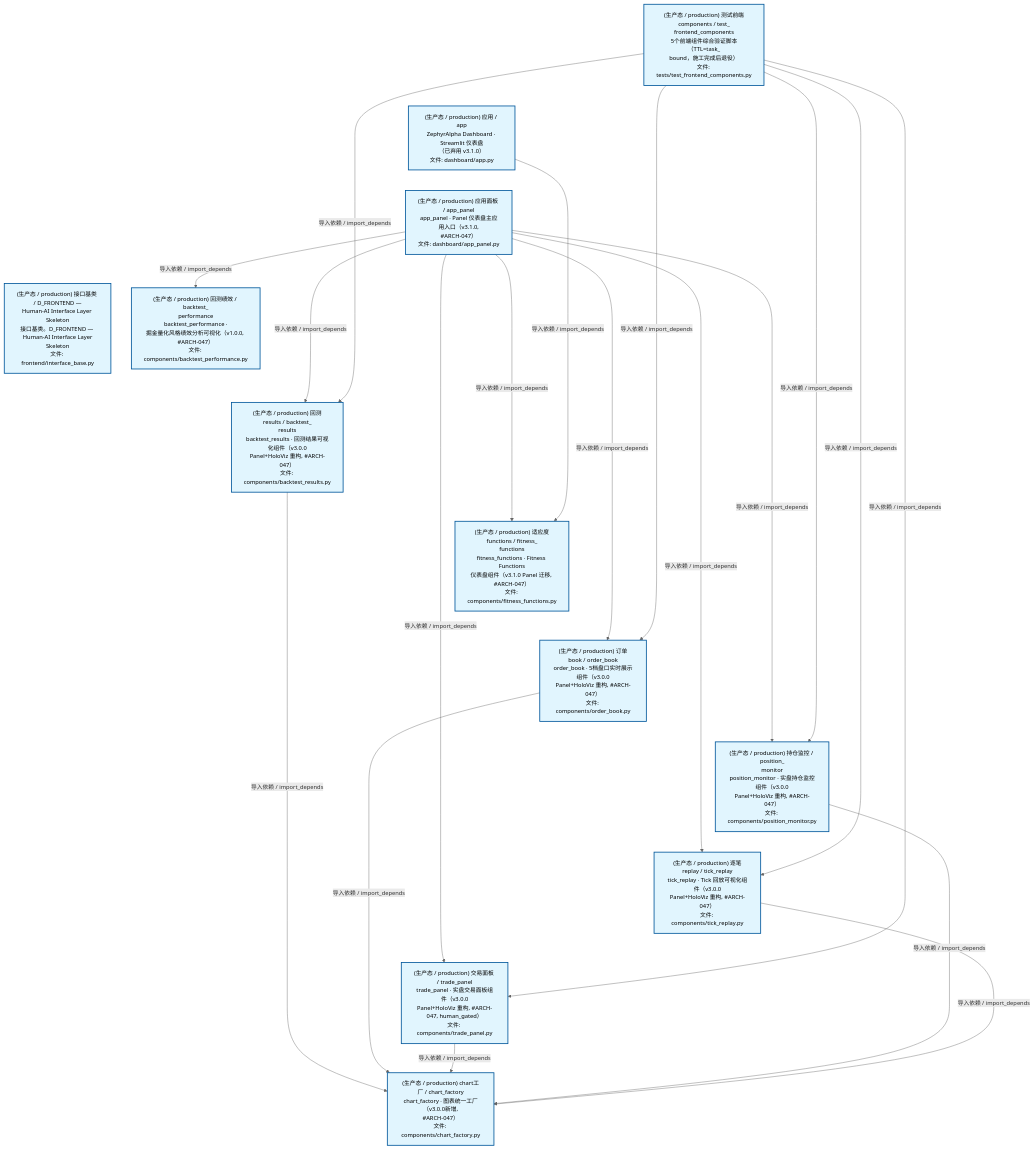
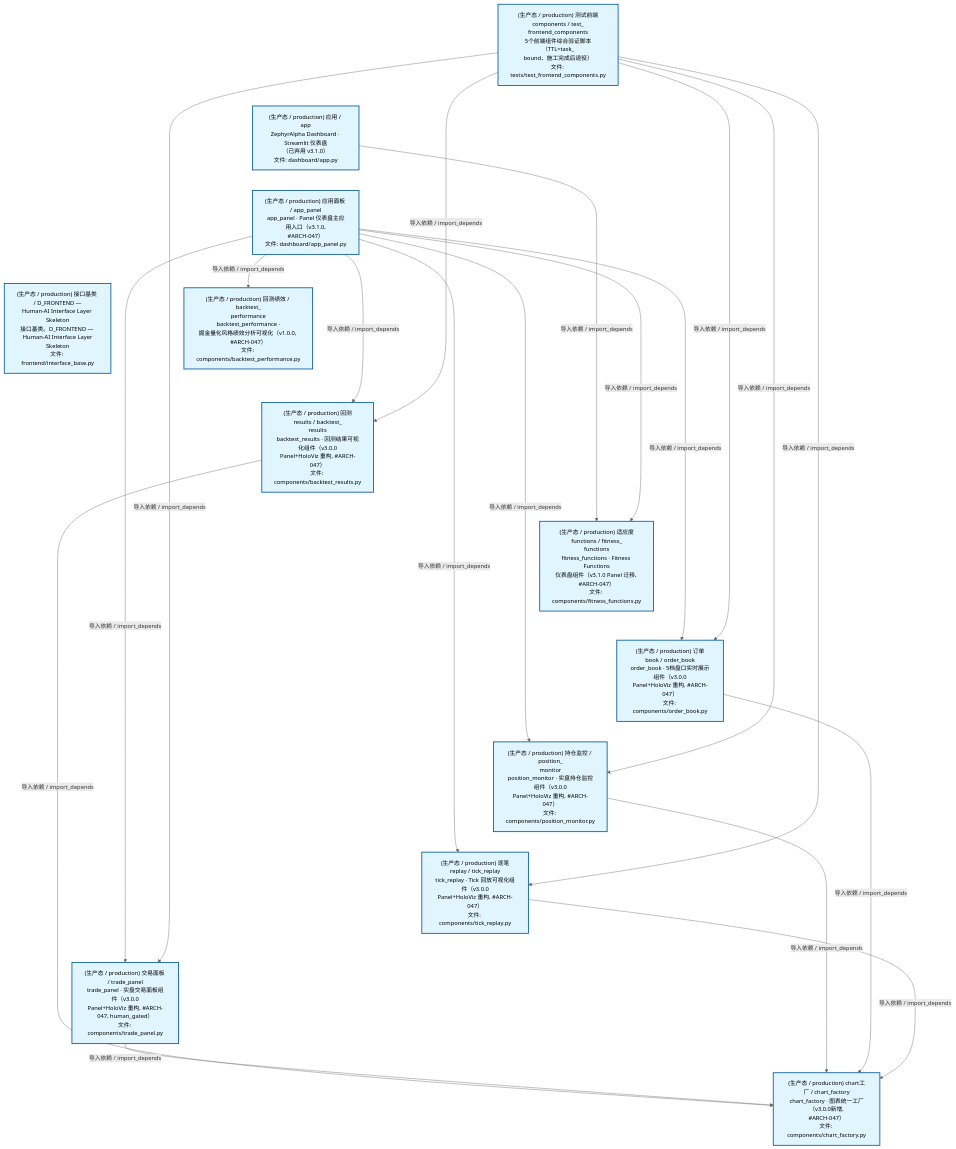
The second of 4 diagrams in docs/02_enterprise_architecture/02_domain_architecture_docs/47_d_frontend.md (xuanFelixVan/ZephyrAlpha), drawn with Mermaid before and after one commit. The commit also changed other lines of this file and 40 other files, not shown here.

````diff
--- a/docs/02_enterprise_architecture/02_domain_architecture_docs/47_d_frontend.md
+++ b/docs/02_enterprise_architecture/02_domain_architecture_docs/47_d_frontend.md
@@ -124,48 +124,48 @@
 ```mermaid
 %%{init: {'theme': 'base', 'themeVariables': {'primaryColor': '#eaeaea', 'primaryTextColor': '#333333', 'primaryBorderColor': '#666666', 'lineColor': '#666666', 'secondaryColor': '#eaeaea', 'tertiaryColor': '#eaeaea', 'fontSize': '14px'}}}%%
 flowchart TD
     scripts_tests_test_frontend_components_py["(生产态 / production) 测试前端components / test_<br/>frontend_components<br/>5个前端组件综合验证脚本（TTL=task_<br/>bound，施工完成后退役）<br/>文件: tests/test_frontend_components.py"]
     src_zephyr_frontend_dashboard_app_py["(生产态 / production) 应用 / app<br/>ZephyrAlpha Dashboard · Streamlit 仪表盘<br/>（已弃用 v3.1.0）<br/>文件: dashboard/app.py"]
     src_zephyr_frontend_dashboard_app_panel_py["(生产态 / production) 应用面板 / app_panel<br/>app_panel · Panel 仪表盘主应用入口（v3.1.0,<br/>#ARCH-047）<br/>文件: dashboard/app_panel.py"]
     src_zephyr_frontend_interface_base_py["(生产态 / production) 接口基类 / D_FRONTEND —<br/>Human-AI Interface Layer Skeleton<br/>接口基类。D_FRONTEND — Human-AI Interface Layer<br/>Skeleton<br/>文件: frontend/interface_base.py"]
     scripts_tests_test_frontend_components_py ~~~ src_zephyr_frontend_dashboard_app_py
     src_zephyr_frontend_dashboard_app_py ~~~ src_zephyr_frontend_dashboard_app_panel_py
     src_zephyr_frontend_dashboard_app_panel_py ~~~ src_zephyr_frontend_interface_base_py
     src_zephyr_frontend_dashboard_components_backtest_performance_py["(生产态 / production) 回测绩效 / backtest_<br/>performance<br/>backtest_performance ·<br/>掘金量化风格绩效分析可视化（v1.0.0, #ARCH-047）<br/>文件: components/backtest_performance.py"]
     src_zephyr_frontend_dashboard_components_backtest_results_py["(生产态 / production) 回测results / backtest_<br/>results<br/>backtest_results · 回测结果可视化组件（v3.0.0<br/>Panel+HoloViz 重构, #ARCH-047）<br/>文件: components/backtest_results.py"]
     src_zephyr_frontend_dashboard_components_fitness_functions_py["(生产态 / production) 适应度functions / fitness_<br/>functions<br/>fitness_functions · Fitness Functions<br/>仪表盘组件（v3.1.0 Panel 迁移, #ARCH-047）<br/>文件: components/fitness_functions.py"]
     src_zephyr_frontend_dashboard_components_order_book_py["(生产态 / production) 订单book / order_book<br/>order_book · 5档盘口实时展示组件（v3.0.0<br/>Panel+HoloViz 重构, #ARCH-047）<br/>文件: components/order_book.py"]
     src_zephyr_frontend_dashboard_components_position_monitor_py["(生产态 / production) 持仓监控 / position_<br/>monitor<br/>position_monitor · 实盘持仓监控组件（v3.0.0<br/>Panel+HoloViz 重构, #ARCH-047）<br/>文件: components/position_monitor.py"]
     src_zephyr_frontend_dashboard_components_tick_replay_py["(生产态 / production) 逐笔replay / tick_replay<br/>tick_replay · Tick 回放可视化组件（v3.0.0<br/>Panel+HoloViz 重构, #ARCH-047）<br/>文件: components/tick_replay.py"]
     src_zephyr_frontend_dashboard_components_trade_panel_py["(生产态 / production) 交易面板 / trade_panel<br/>trade_panel · 实盘交易面板组件（v3.0.0<br/>Panel+HoloViz 重构, #ARCH-047, human_gated）<br/>文件: components/trade_panel.py"]
     src_zephyr_frontend_dashboard_components_backtest_performance_py ~~~ src_zephyr_frontend_dashboard_components_backtest_results_py
     src_zephyr_frontend_dashboard_components_backtest_results_py ~~~ src_zephyr_frontend_dashboard_components_fitness_functions_py
     src_zephyr_frontend_dashboard_components_fitness_functions_py ~~~ src_zephyr_frontend_dashboard_components_order_book_py
     src_zephyr_frontend_dashboard_components_order_book_py ~~~ src_zephyr_frontend_dashboard_components_position_monitor_py
     src_zephyr_frontend_dashboard_components_position_monitor_py ~~~ src_zephyr_frontend_dashboard_components_tick_replay_py
     src_zephyr_frontend_dashboard_components_tick_replay_py ~~~ src_zephyr_frontend_dashboard_components_trade_panel_py
     src_zephyr_frontend_dashboard_components_chart_factory_py["(生产态 / production) chart工厂 / chart_factory<br/>chart_factory · 图表统一工厂（v3.0.0新增,<br/>#ARCH-047）<br/>文件: components/chart_factory.py"]
+    src_zephyr_frontend_dashboard_app_py -->|导入依赖 / import_depends| src_zephyr_frontend_dashboard_components_fitness_functions_py
     src_zephyr_frontend_dashboard_app_panel_py -->|导入依赖 / import_depends| src_zephyr_frontend_dashboard_components_backtest_results_py
     src_zephyr_frontend_dashboard_app_panel_py -->|导入依赖 / import_depends| src_zephyr_frontend_dashboard_components_fitness_functions_py
     src_zephyr_frontend_dashboard_app_panel_py -->|导入依赖 / import_depends| src_zephyr_frontend_dashboard_components_backtest_performance_py
-    src_zephyr_frontend_dashboard_app_panel_py -->|导入依赖 / import_depends| src_zephyr_frontend_dashboard_components_order_book_py
     src_zephyr_frontend_dashboard_app_panel_py -->|导入依赖 / import_depends| src_zephyr_frontend_dashboard_components_trade_panel_py
     src_zephyr_frontend_dashboard_app_panel_py -->|导入依赖 / import_depends| src_zephyr_frontend_dashboard_components_position_monitor_py
+    src_zephyr_frontend_dashboard_app_panel_py -->|导入依赖 / import_depends| src_zephyr_frontend_dashboard_components_order_book_py
     src_zephyr_frontend_dashboard_app_panel_py -->|导入依赖 / import_depends| src_zephyr_frontend_dashboard_components_tick_replay_py
-    src_zephyr_frontend_dashboard_app_py -->|导入依赖 / import_depends| src_zephyr_frontend_dashboard_components_fitness_functions_py
     src_zephyr_frontend_dashboard_components_backtest_results_py -->|导入依赖 / import_depends| src_zephyr_frontend_dashboard_components_chart_factory_py
-    src_zephyr_frontend_dashboard_components_order_book_py -->|导入依赖 / import_depends| src_zephyr_frontend_dashboard_components_chart_factory_py
     src_zephyr_frontend_dashboard_components_trade_panel_py -->|导入依赖 / import_depends| src_zephyr_frontend_dashboard_components_chart_factory_py
     src_zephyr_frontend_dashboard_components_position_monitor_py -->|导入依赖 / import_depends| src_zephyr_frontend_dashboard_components_chart_factory_py
+    src_zephyr_frontend_dashboard_components_order_book_py -->|导入依赖 / import_depends| src_zephyr_frontend_dashboard_components_chart_factory_py
     src_zephyr_frontend_dashboard_components_tick_replay_py -->|导入依赖 / import_depends| src_zephyr_frontend_dashboard_components_chart_factory_py
     scripts_tests_test_frontend_components_py -->|导入依赖 / import_depends| src_zephyr_frontend_dashboard_components_backtest_results_py
-    scripts_tests_test_frontend_components_py -->|导入依赖 / import_depends| src_zephyr_frontend_dashboard_components_order_book_py
     scripts_tests_test_frontend_components_py -->|导入依赖 / import_depends| src_zephyr_frontend_dashboard_components_trade_panel_py
     scripts_tests_test_frontend_components_py -->|导入依赖 / import_depends| src_zephyr_frontend_dashboard_components_position_monitor_py
+    scripts_tests_test_frontend_components_py -->|导入依赖 / import_depends| src_zephyr_frontend_dashboard_components_order_book_py
     scripts_tests_test_frontend_components_py -->|导入依赖 / import_depends| src_zephyr_frontend_dashboard_components_tick_replay_py
     classDef production fill:#e1f5fe,stroke:#01579b,stroke-width:2px,color:#000
     classDef design fill:#fff3e0,stroke:#e65100,stroke-width:2px,color:#000,stroke-dasharray: 5 5
     classDef external_prod fill:#e8f4fd,stroke:#0277bd,stroke-width:1px,color:#000
     classDef external_design fill:#fff8e7,stroke:#ef6c00,stroke-width:1px,color:#000,stroke-dasharray: 5 5
     class scripts_tests_test_frontend_components_py,src_zephyr_frontend_dashboard_app_py,src_zephyr_frontend_dashboard_app_panel_py,src_zephyr_frontend_dashboard_components_backtest_performance_py,src_zephyr_frontend_dashboard_components_backtest_results_py,src_zephyr_frontend_dashboard_components_chart_factory_py,src_zephyr_frontend_dashboard_components_fitness_functions_py,src_zephyr_frontend_dashboard_components_order_book_py,src_zephyr_frontend_dashboard_components_position_monitor_py,src_zephyr_frontend_dashboard_components_tick_replay_py,src_zephyr_frontend_dashboard_components_trade_panel_py,src_zephyr_frontend_interface_base_py production
 ```
````
